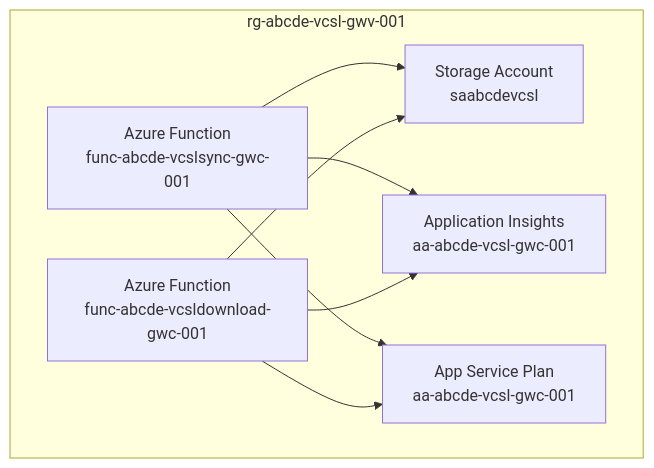
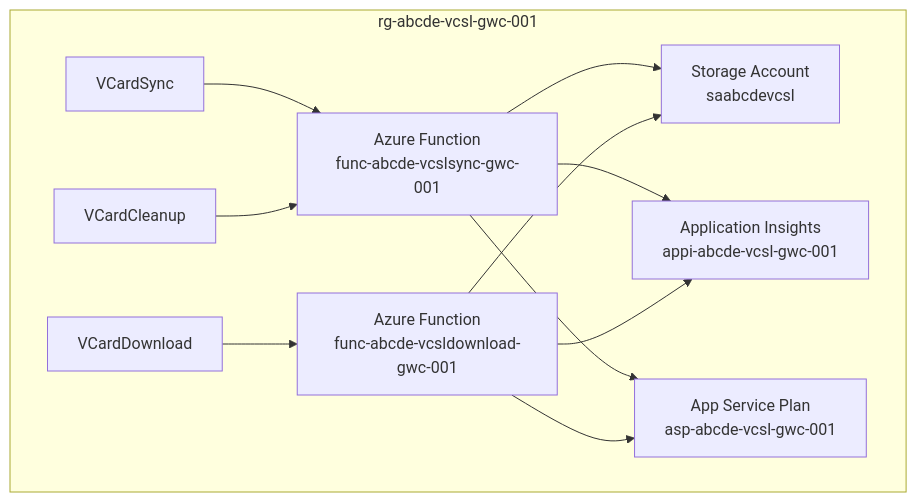
Before and after one commit to igelspace/VCSL: the diagram in README.md, drawn with Mermaid. The commit also changed other lines of this file and 3 other files, not shown here.

````diff
--- a/README.md
+++ b/README.md
@@ -9,11 +11,14 @@
 ```mermaid
 graph TD
-    subgraph rg-abcde-vcsl-gwv-001
+    subgraph rg-abcde-vcsl-gwc-001
         A[Azure Function<br>func-abcde-vcslsync-gwc-001]-->C[Storage Account<br>saabcdevcsl]
         B[Azure Function<br>func-abcde-vcsldownload-gwc-001]-->C
-        A-->D[Application Insights<br>aa-abcde-vcsl-gwc-001]
+        A-->D[Application Insights<br>appi-abcde-vcsl-gwc-001]
         B-->D
-        A-->E[App Service Plan<br>aa-abcde-vcsl-gwc-001]
+        A-->E[App Service Plan<br>asp-abcde-vcsl-gwc-001]
         B-->E
+        F[VCardSync]-->A
+        G[VCardCleanup]-->A
+        H[VCardDownload]-->B
     end
 ```
````
